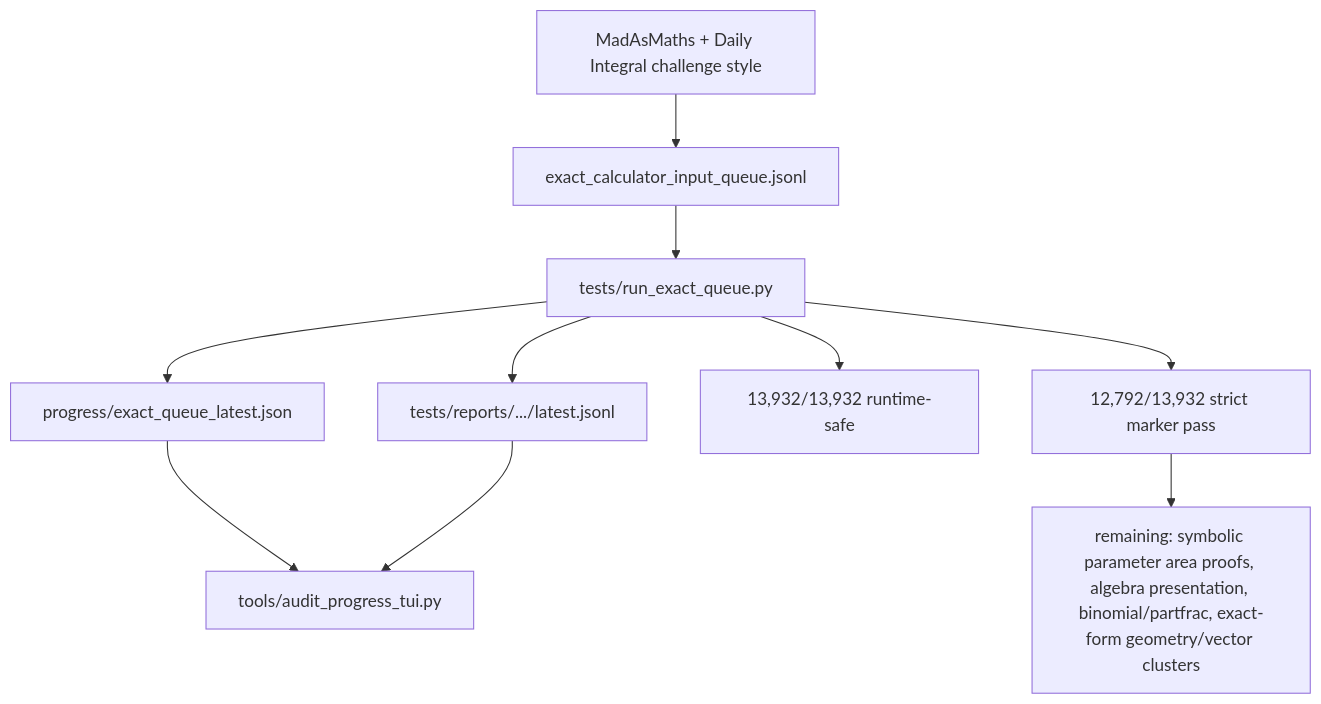
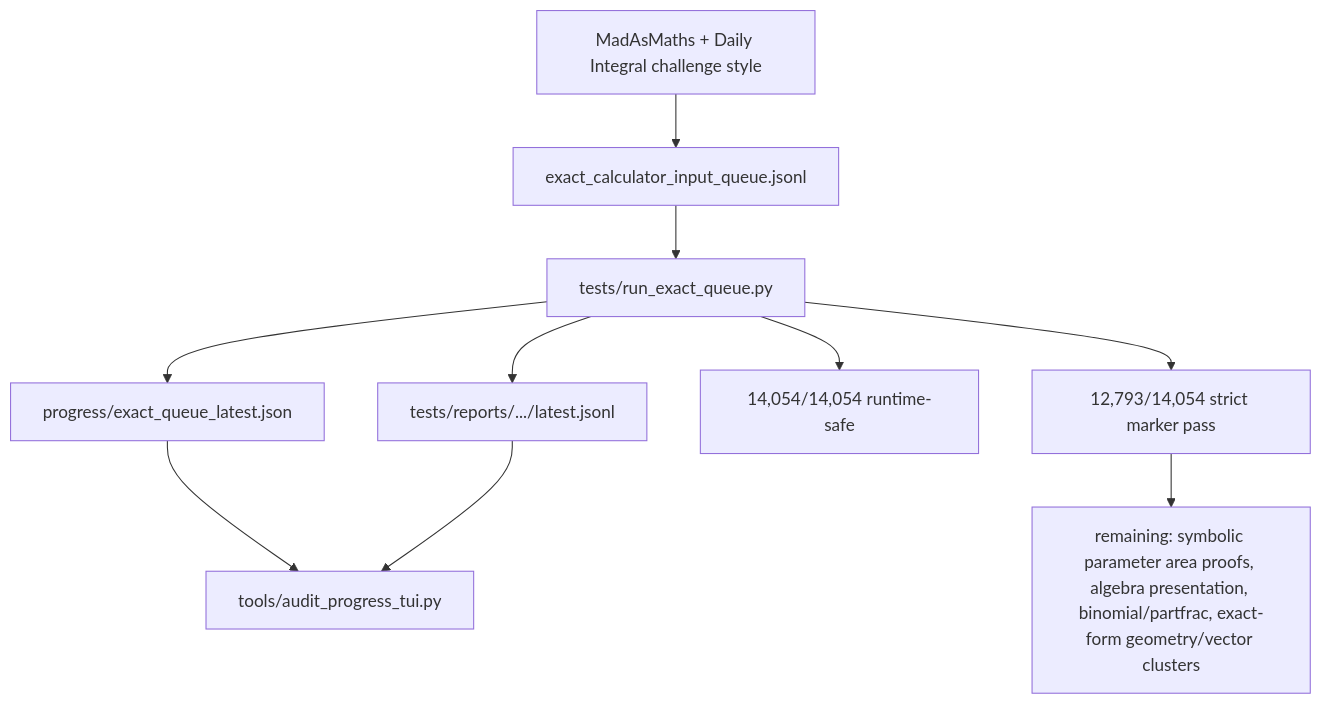
One commit to james8464/notes-addin-casio-fx-cg50 changed the fifth of 6 diagrams in docs/GRAPH.md. Above: the diagram before and after it, drawn with Mermaid. The commit also changed other lines of this file and 4 other files, not shown here.

````diff
--- a/docs/GRAPH.md
+++ b/docs/GRAPH.md
@@ -58,12 +58,12 @@
 ```mermaid
 graph TD
   Online["MadAsMaths + Daily Integral challenge style"] --> Queue["exact_calculator_input_queue.jsonl"]
   Queue --> Runner["tests/run_exact_queue.py"]
   Runner --> Live["progress/exact_queue_latest.json"]
   Runner --> Report["tests/reports/.../latest.jsonl"]
   Live --> TUI["tools/audit_progress_tui.py"]
   Report --> TUI
-  Runner --> Runtime["13,932/13,932 runtime-safe"]
-  Runner --> Strict["12,792/13,932 strict marker pass"]
+  Runner --> Runtime["14,054/14,054 runtime-safe"]
+  Runner --> Strict["12,793/14,054 strict marker pass"]
   Strict --> Remaining["remaining: symbolic parameter area proofs, algebra presentation, binomial/partfrac, exact-form geometry/vector clusters"]
 ```
````
